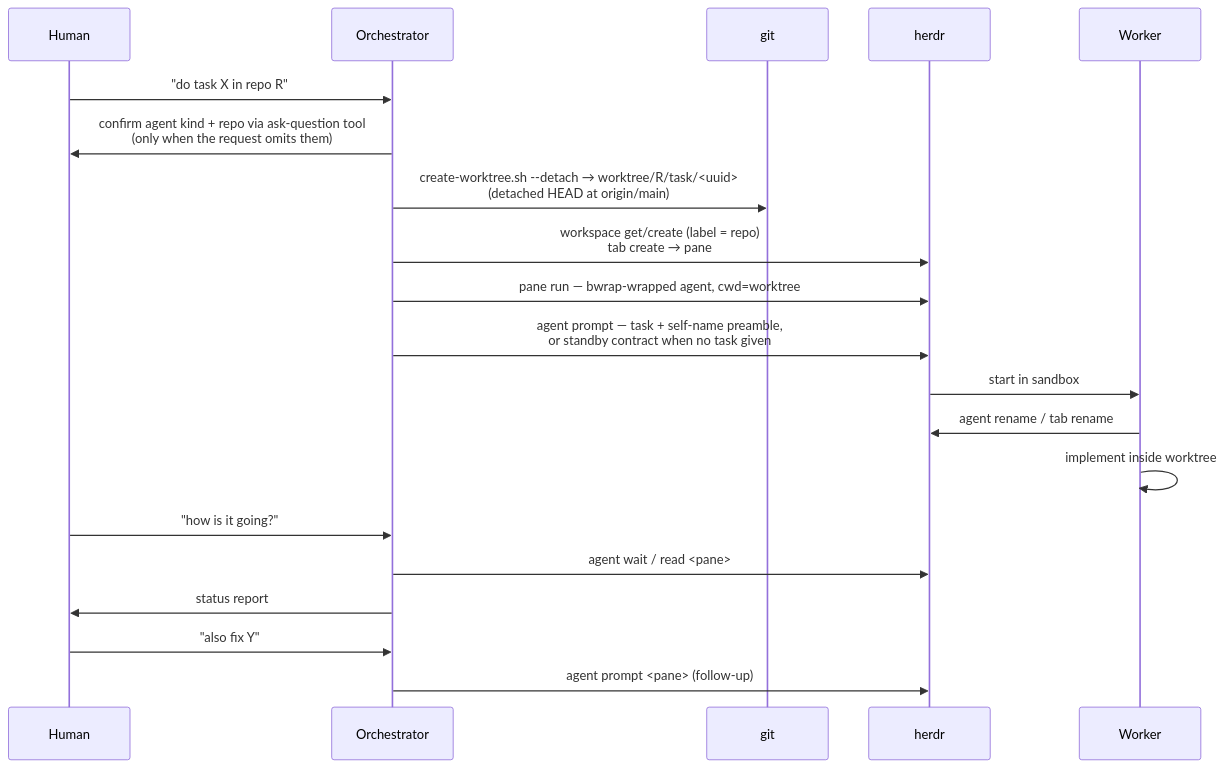
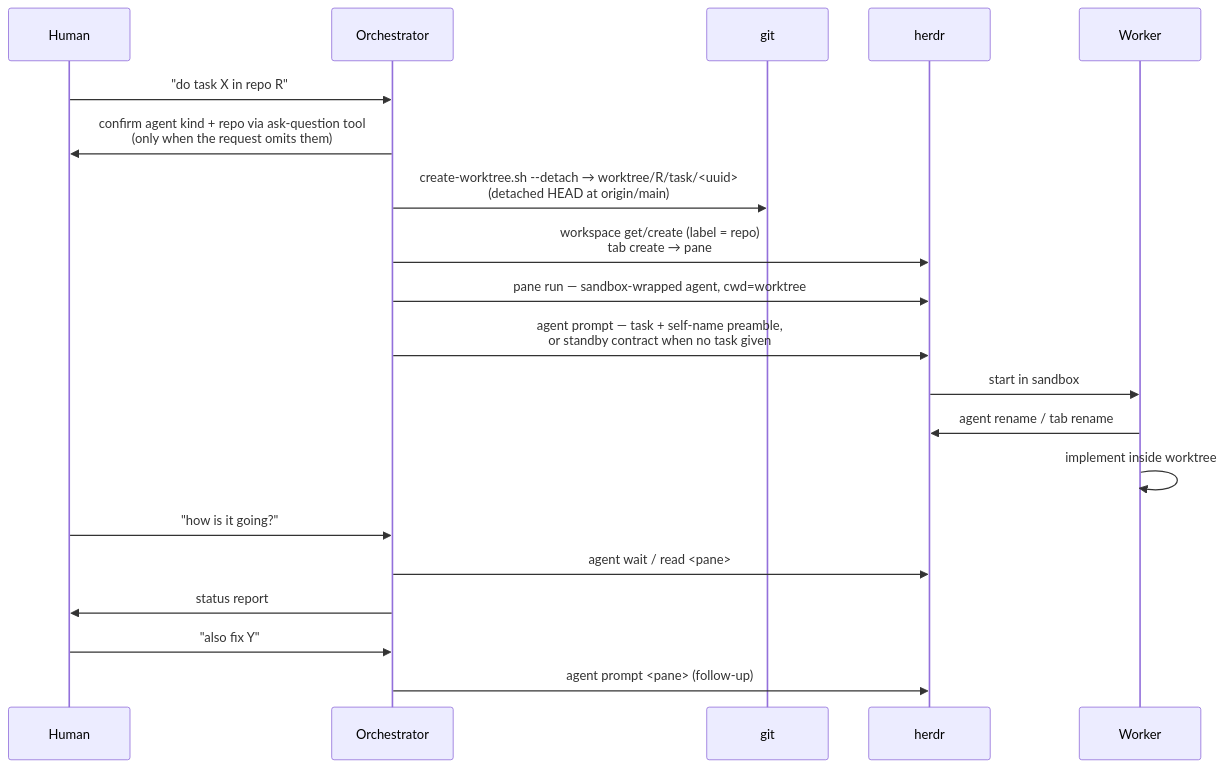
One commit to Nyarducks/Worktreeharness changed the diagram in docs/design/orchestration.md. Above: the diagram before and after it, drawn with Mermaid. The commit also changed other lines of this file and 19 other files, not shown here.

````diff
--- a/docs/design/orchestration.md
+++ b/docs/design/orchestration.md
@@ -21,23 +21,23 @@
 ```mermaid
 sequenceDiagram
     participant H as Human
     participant O as Orchestrator
     participant G as git
     participant R as herdr
     participant W as Worker
 
     H->>O: "do task X in repo R"
     O->>H: confirm agent kind + repo via ask-question tool<br/>(only when the request omits them)
     O->>G: create-worktree.sh --detach → worktree/R/task/<uuid><br/>(detached HEAD at origin/main)
     O->>R: workspace get/create (label = repo)<br/>tab create → pane
-    O->>R: pane run — bwrap-wrapped agent, cwd=worktree
+    O->>R: pane run — sandbox-wrapped agent, cwd=worktree
     O->>R: agent prompt — task + self-name preamble,<br/>or standby contract when no task given
     R->>W: start in sandbox
     W->>R: agent rename / tab rename
     W->>W: implement inside worktree
     H->>O: "how is it going?"
     O->>R: agent wait / read <pane>
     O->>H: status report
     H->>O: "also fix Y"
     O->>R: agent prompt <pane> (follow-up)
 ```
````
